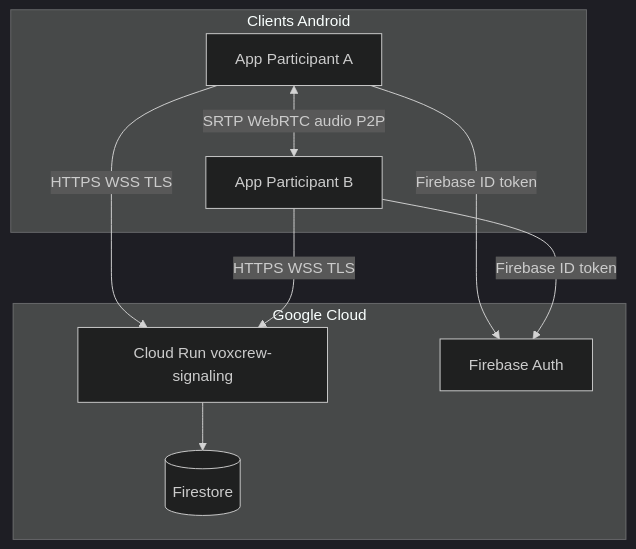
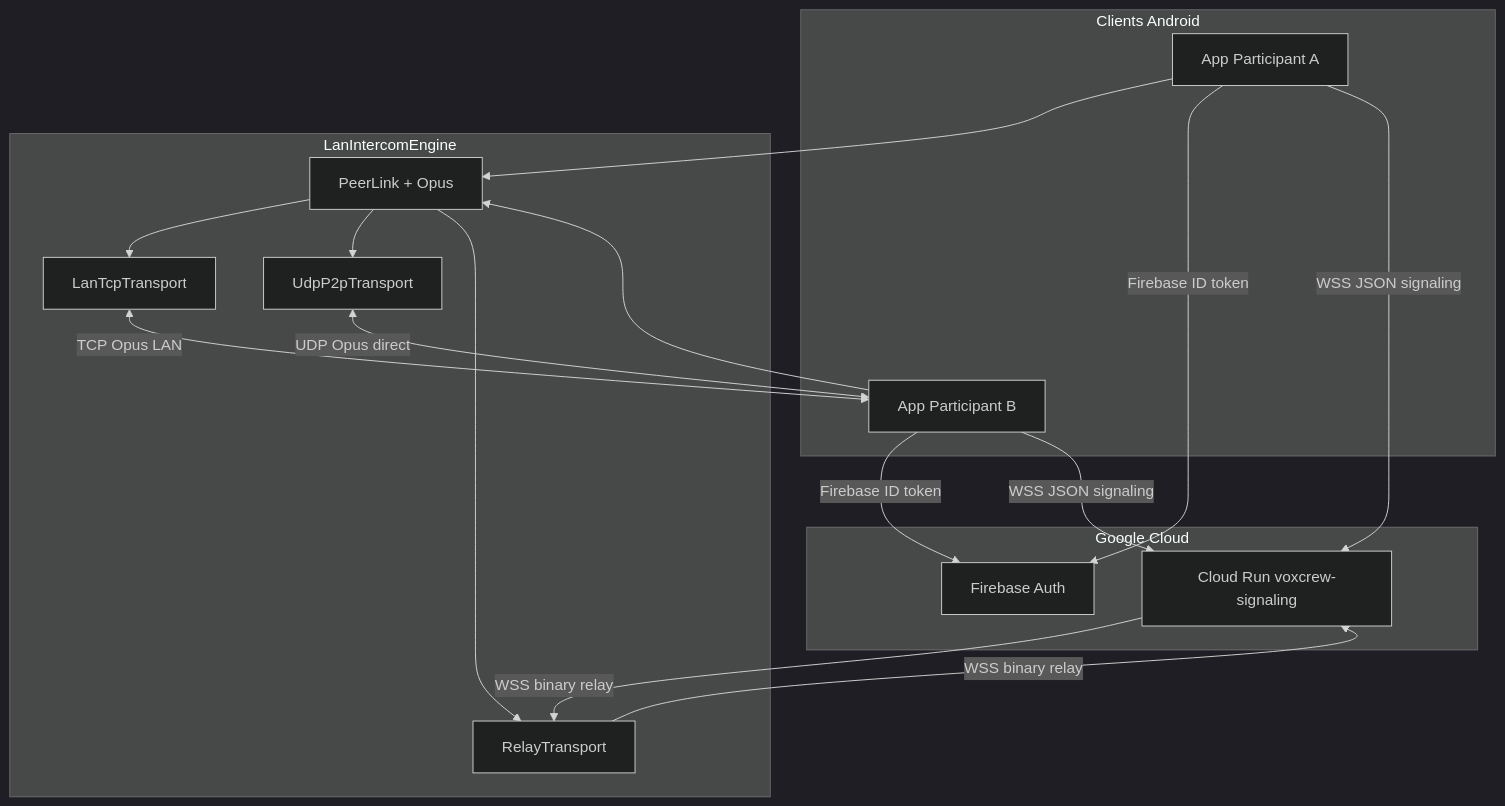
Before and after one commit to nblaisot/voxcrew: the first of 4 diagrams in docs/architecture.md, drawn with Mermaid (dark theme). The commit also changed other lines of this file and 60 other files, not shown here.

First line of the commit message:
Remove dead WebRTC stack and keep lanlink cloud fallback.

````diff
--- a/docs/architecture.md
+++ b/docs/architecture.md
@@ -5,18 +5,30 @@
 ```mermaid
 flowchart TB
   subgraph clients [Clients Android]
     AppA[App Participant A]
     AppB[App Participant B]
   end
+  subgraph lanlink [LanIntercomEngine]
+    PL[PeerLink + Opus]
+    LAN[LanTcpTransport]
+    UDP[UdpP2pTransport]
+    REL[RelayTransport]
+  end
   subgraph gcp [Google Cloud]
     CR[Cloud Run voxcrew-signaling]
     FA[Firebase Auth]
-    FS[(Firestore)]
   end
-  AppA -->|HTTPS WSS TLS| CR
-  AppB -->|HTTPS WSS TLS| CR
+  AppA --> PL
+  AppB --> PL
+  PL --> LAN
+  PL --> UDP
+  PL --> REL
+  LAN <-->|TCP Opus LAN| AppB
+  UDP <-->|UDP Opus direct| AppB
+  REL -->|WSS binary relay| CR
+  CR -->|WSS binary relay| REL
   AppA -->|Firebase ID token| FA
   AppB -->|Firebase ID token| FA
-  AppA <-->|SRTP WebRTC audio P2P| AppB
-  CR --> FS
+  AppA -->|WSS JSON signaling| CR
+  AppB -->|WSS JSON signaling| CR
 ```
````
